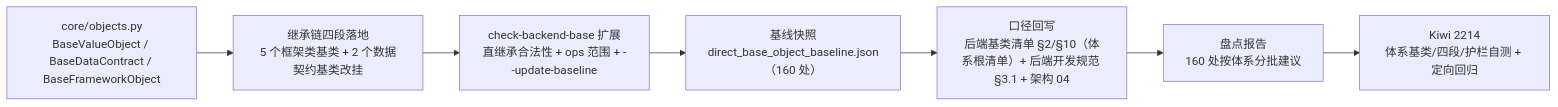
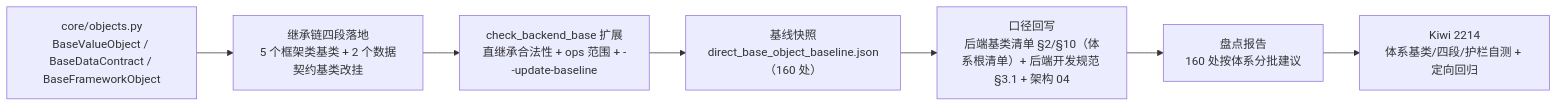
One commit to minjian123/basic-management-system changed the diagram in bms文档/项目/06_认证与安全/任务/09_类体系根治理/09_类体系根治理_01_后端类体系根治理/实施/01_实施_01_后端类体系根治理.md. Above: the diagram before and after it, drawn with Mermaid. The commit also changed other lines of this file and 919 other files, not shown here.

````diff
--- a/bms文档/项目/06_认证与安全/任务/09_类体系根治理/09_类体系根治理_01_后端类体系根治理/实施/01_实施_01_后端类体系根治理.md
+++ b/bms文档/项目/06_认证与安全/任务/09_类体系根治理/09_类体系根治理_01_后端类体系根治理/实施/01_实施_01_后端类体系根治理.md
@@ -22,9 +22,9 @@
 ```mermaid
 flowchart LR
     A["core/objects.py<br/>BaseValueObject / BaseDataContract / BaseFrameworkObject"] --> B["继承链四段落地<br/>5 个框架类基类 + 2 个数据契约基类改挂"]
-    B --> C["check-backend-base 扩展<br/>直继承合法性 + ops 范围 + --update-baseline"]
+    B --> C["check_backend_base 扩展<br/>直继承合法性 + ops 范围 + --update-baseline"]
     C --> D["基线快照<br/>direct_base_object_baseline.json（160 处）"]
     D --> E["口径回写<br/>后端基类清单 §2/§10（体系根清单）+ 后端开发规范 §3.1 + 架构 04"]
     E --> F["盘点报告<br/>160 处按体系分批建议"]
     F --> G["Kiwi 2214<br/>体系基类/四段/护栏自测 + 定向回归"]
 ```
````
